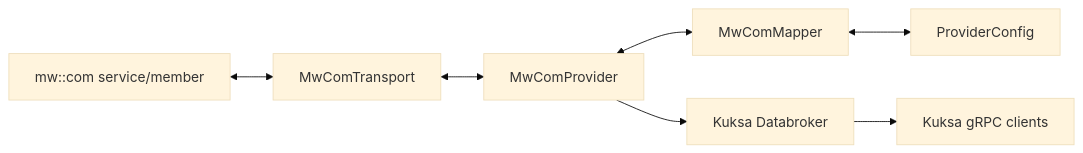
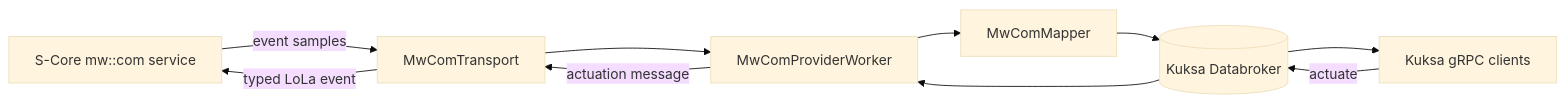
The diagram in kuksa-databroker/mw_com_provider/README.md (goutham3108/reference_integration_fork), drawn with Mermaid (base theme) before and after one commit. The commit also changed other lines of this file and 115 other files, not shown here.

````diff
--- a/kuksa-databroker/mw_com_provider/README.md
+++ b/kuksa-databroker/mw_com_provider/README.md
@@ -24,9 +39,12 @@
 ```mermaid
 flowchart LR
-		MW[mw::com service/member] <--> T[MwComTransport]
-		T <--> P[MwComProvider]
-		P <--> M[MwComMapper]
-		M <--> C[ProviderConfig]
-		P --> B[Kuksa Databroker]
-		B --> K[Kuksa gRPC clients]
+    SCore[S-Core mw::com service] -->|event samples| Transport[MwComTransport]
+    Transport --> Provider[MwComProviderWorker]
+    Provider --> Mapper[MwComMapper]
+    Mapper --> Broker[(Kuksa Databroker)]
+    Broker --> Clients[Kuksa gRPC clients]
+    Clients -->|actuate| Broker
+    Broker --> Provider
+    Provider -->|actuation message| Transport
+    Transport -->|typed LoLa event| SCore
 ```
````
